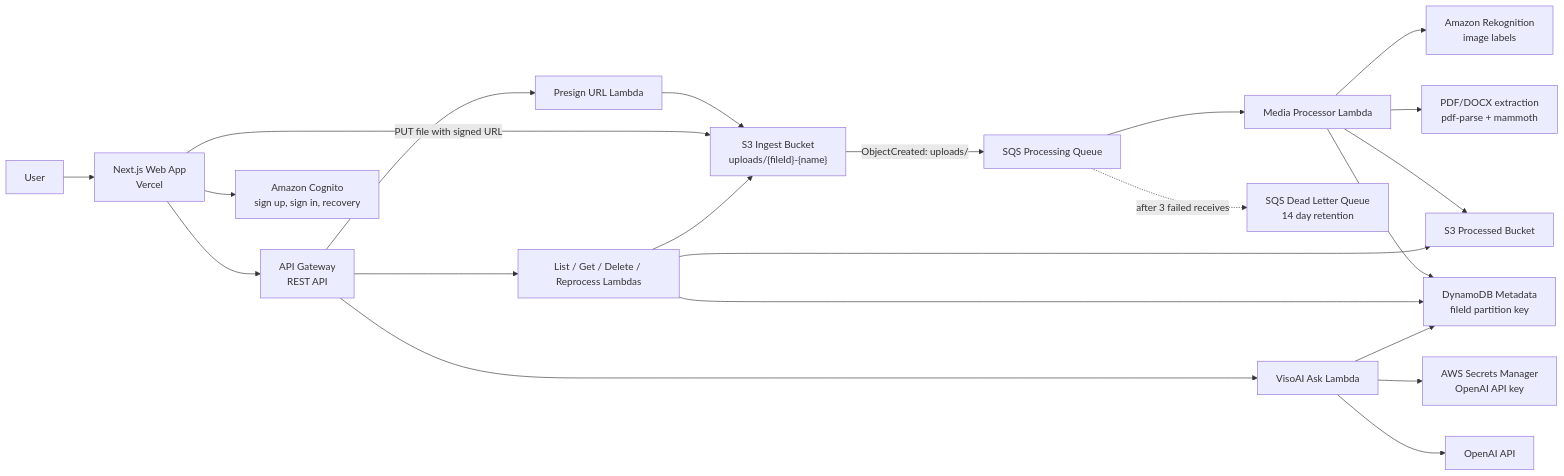
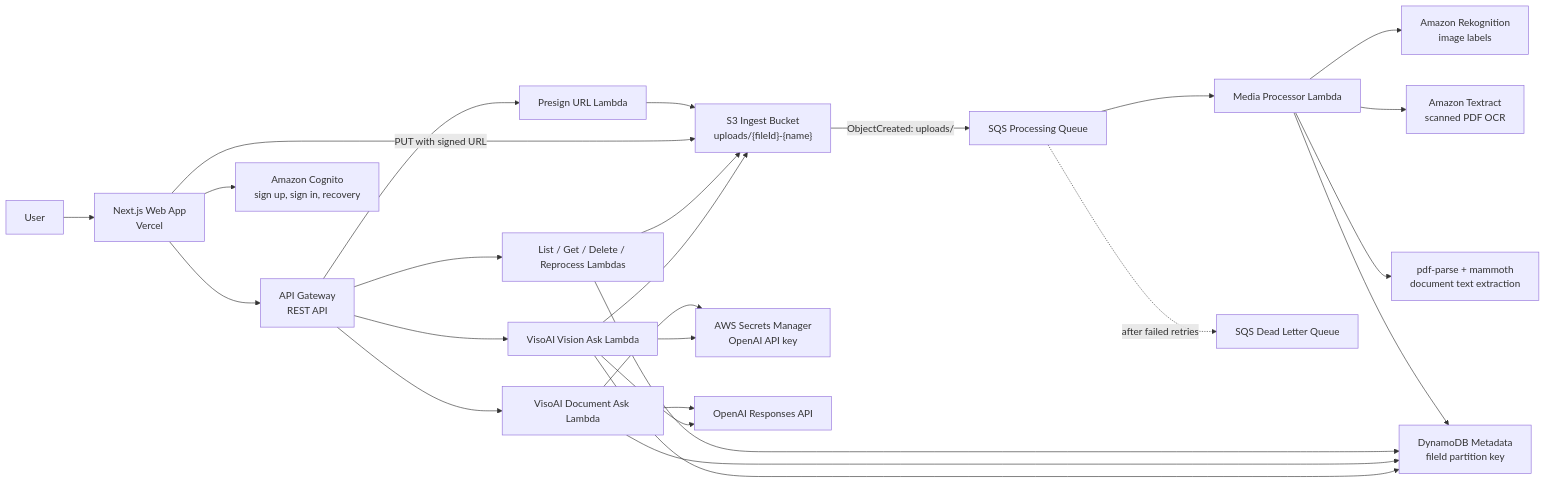
Before and after one commit to mandelaokeke/MandVision: the diagram in README.md, drawn with Mermaid. The commit also changed other lines of this file, not shown here.

Commit message:
Rewrite MandVision README

````diff
--- a/README.md
+++ b/README.md
@@ -30,30 +85,35 @@
 ```mermaid
 flowchart LR
     User["User"] --> Web["Next.js Web App<br/>Vercel"]
     Web --> Api["API Gateway<br/>REST API"]
 
     Api --> Presign["Presign URL Lambda"]
     Presign --> Ingest["S3 Ingest Bucket<br/>uploads/{fileId}-{name}"]
-    Web -- "PUT file with signed URL" --> Ingest
+    Web -- "PUT with signed URL" --> Ingest
 
     Ingest -- "ObjectCreated: uploads/" --> Queue["SQS Processing Queue"]
     Queue --> Processor["Media Processor Lambda"]
-    Queue -. "after 3 failed receives" .-> DLQ["SQS Dead Letter Queue<br/>14 day retention"]
+    Queue -. "after failed retries" .-> DLQ["SQS Dead Letter Queue"]
 
     Processor --> Rekognition["Amazon Rekognition<br/>image labels"]
-    Processor --> Extract["PDF/DOCX extraction<br/>pdf-parse + mammoth"]
-    Processor --> Processed["S3 Processed Bucket"]
+    Processor --> Textract["Amazon Textract<br/>scanned PDF OCR"]
+    Processor --> Parser["pdf-parse + mammoth<br/>document text extraction"]
     Processor --> Dynamo["DynamoDB Metadata<br/>fileId partition key"]
 
     Api --> MediaApi["List / Get / Delete / Reprocess Lambdas"]
     MediaApi --> Dynamo
     MediaApi --> Ingest
-    MediaApi --> Processed
 
-    Api --> Ask["VisoAI Ask Lambda"]
-    Ask --> Dynamo
-    Ask --> Secrets["AWS Secrets Manager<br/>OpenAI API key"]
-    Ask --> OpenAI["OpenAI API"]
+    Api --> AskDoc["VisoAI Document Ask Lambda"]
+    AskDoc --> Dynamo
+    AskDoc --> Secrets["AWS Secrets Manager<br/>OpenAI API key"]
+    AskDoc --> OpenAI["OpenAI Responses API"]
+
+    Api --> AskVision["VisoAI Vision Ask Lambda"]
+    AskVision --> Dynamo
+    AskVision --> Ingest
+    AskVision --> Secrets
+    AskVision --> OpenAI
 
     Web --> Cognito["Amazon Cognito<br/>sign up, sign in, recovery"]
 ```
````
